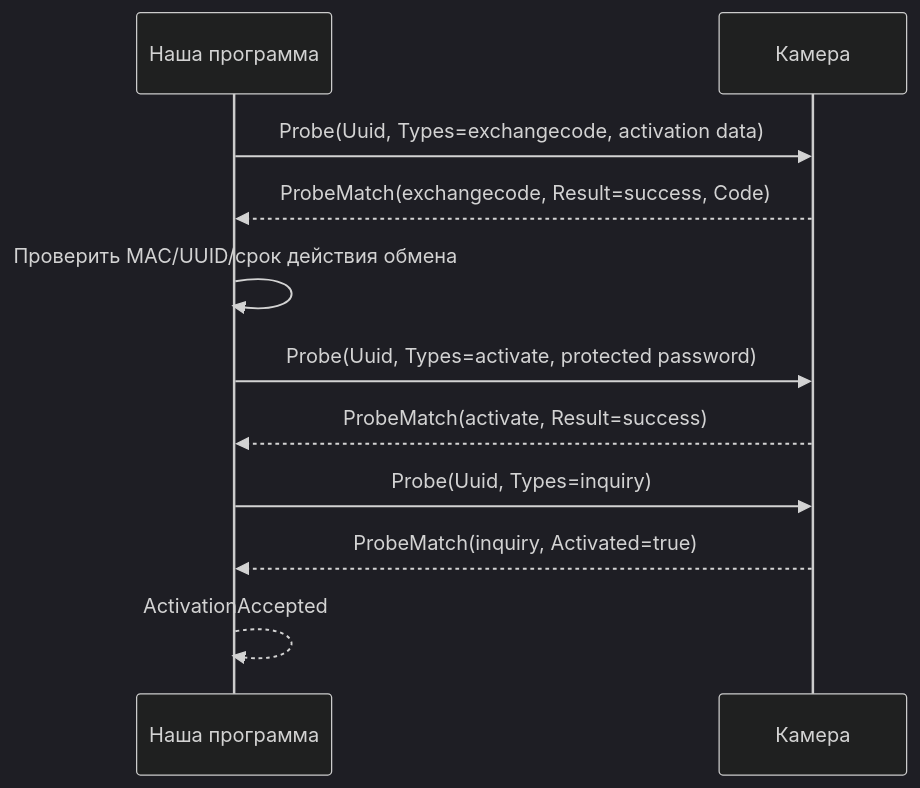
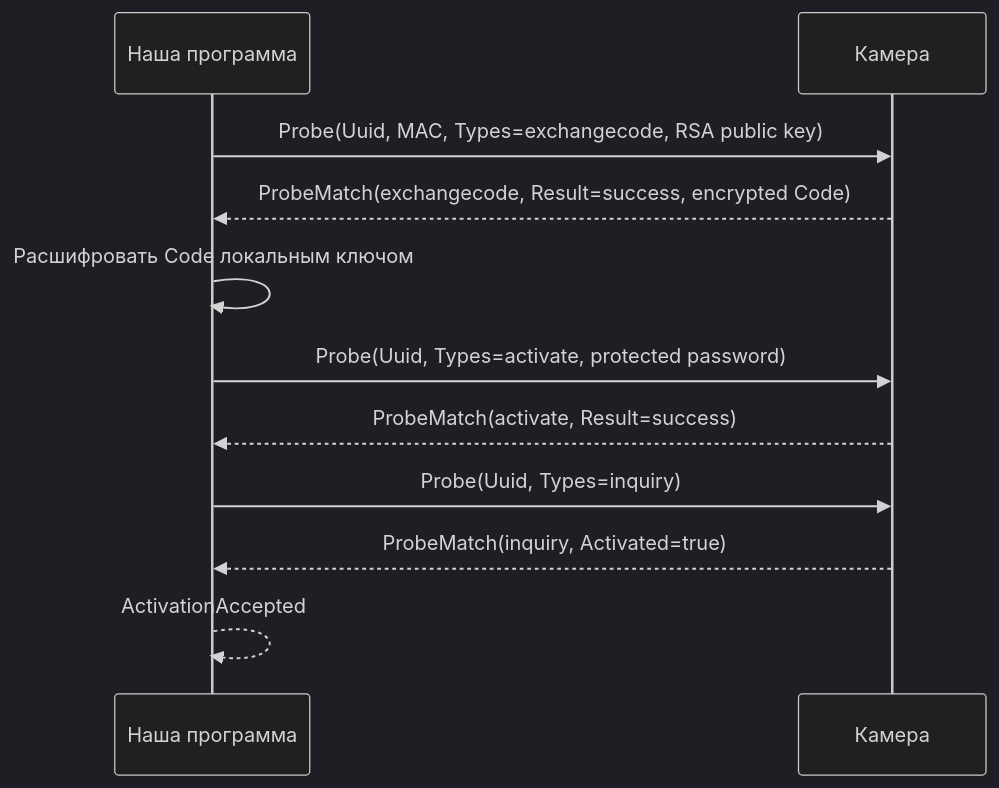
One commit to CDSRaBot/sadp-handler.GO changed the fourth of 8 diagrams in docs/ru/spec/reports/SADP_PROTOCOL_ANALYSIS_2026-10-28.md. Above: the diagram before and after it, drawn with Mermaid (dark theme). The commit also changed other lines of this file, not shown here.

````diff
--- a/docs/ru/spec/reports/SADP_PROTOCOL_ANALYSIS_2026-10-28.md
+++ b/docs/ru/spec/reports/SADP_PROTOCOL_ANALYSIS_2026-10-28.md
@@ -335,14 +368,14 @@
 ```mermaid
 sequenceDiagram
     participant App as Наша программа
     participant Cam as Камера
 
-    App->>Cam: Probe(Uuid, Types=exchangecode, activation data)
-    Cam-->>App: ProbeMatch(exchangecode, Result=success, Code)
-    App->>App: Проверить MAC/UUID/срок действия обмена
+    App->>Cam: Probe(Uuid, MAC, Types=exchangecode, RSA public key)
+    Cam-->>App: ProbeMatch(exchangecode, Result=success, encrypted Code)
+    App->>App: Расшифровать Code локальным ключом
     App->>Cam: Probe(Uuid, Types=activate, protected password)
     Cam-->>App: ProbeMatch(activate, Result=success)
     App->>Cam: Probe(Uuid, Types=inquiry)
     Cam-->>App: ProbeMatch(inquiry, Activated=true)
     App-->>App: ActivationAccepted
 ```
````
